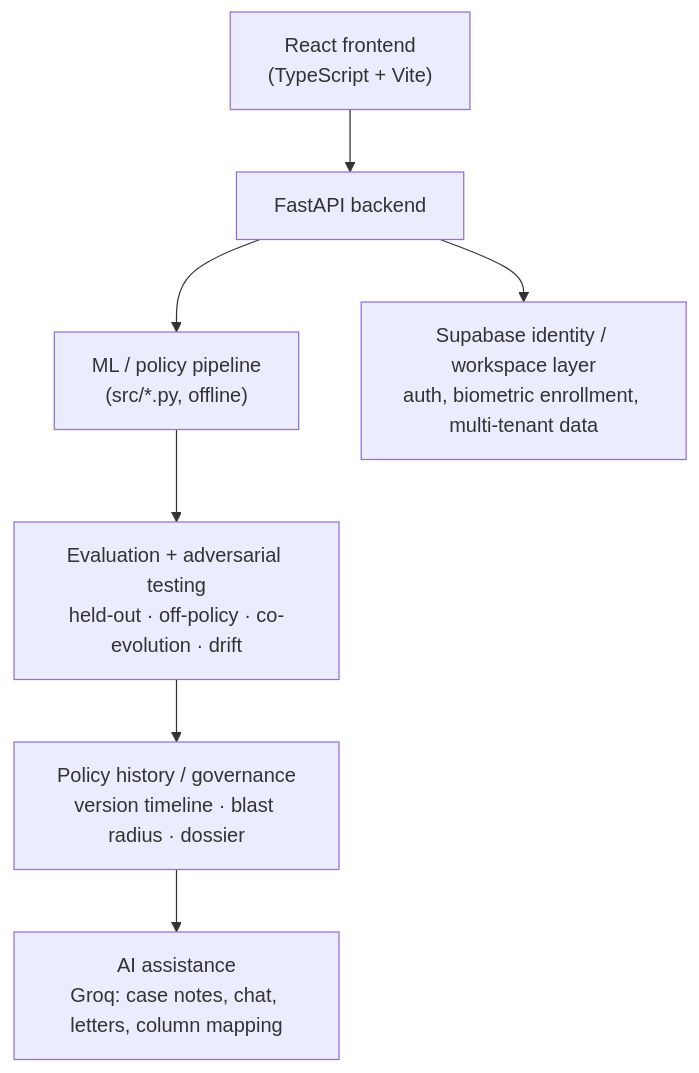
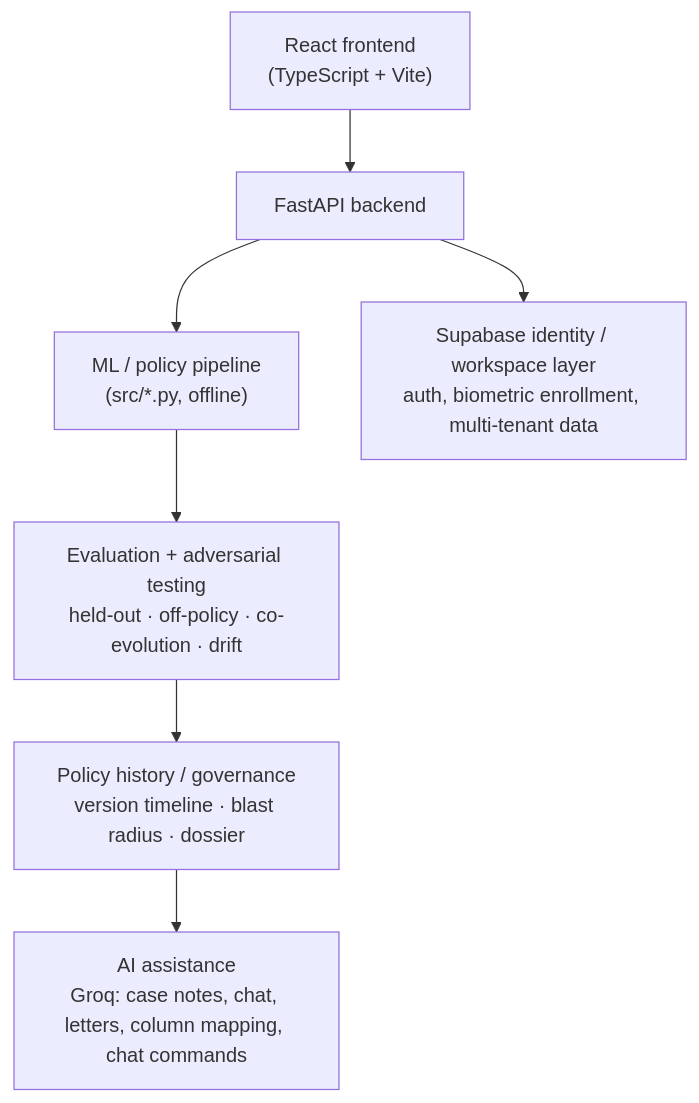
The second of 3 diagrams in README.md (Affan-cybersecuritist/risk-autopsy), drawn with Mermaid before and after one commit. The commit also changed other lines of this file and 38 other files, not shown here.

````diff
--- a/README.md
+++ b/README.md
@@ -431,9 +453,9 @@
 ```mermaid
 flowchart TD
     FE["React frontend<br/>(TypeScript + Vite)"] --> BE["FastAPI backend"]
     BE --> ML["ML / policy pipeline<br/>(src/*.py, offline)"]
     ML --> EV["Evaluation + adversarial testing<br/>held-out · off-policy · co-evolution · drift"]
     EV --> GOV["Policy history / governance<br/>version timeline · blast radius · dossier"]
-    GOV --> AI["AI assistance<br/>Groq: case notes, chat, letters, column mapping"]
+    GOV --> AI["AI assistance<br/>Groq: case notes, chat, letters, column mapping, chat commands"]
     BE --> ID["Supabase identity / workspace layer<br/>auth, biometric enrollment, multi-tenant data"]
 ```
````
